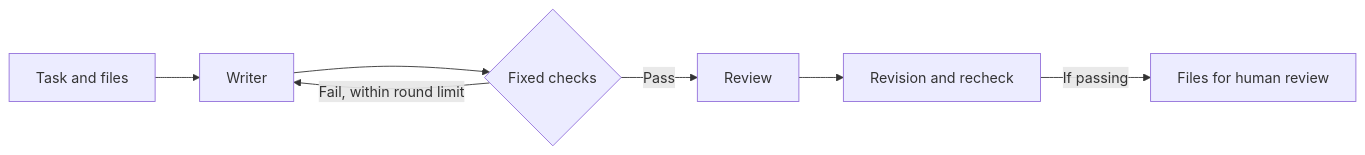
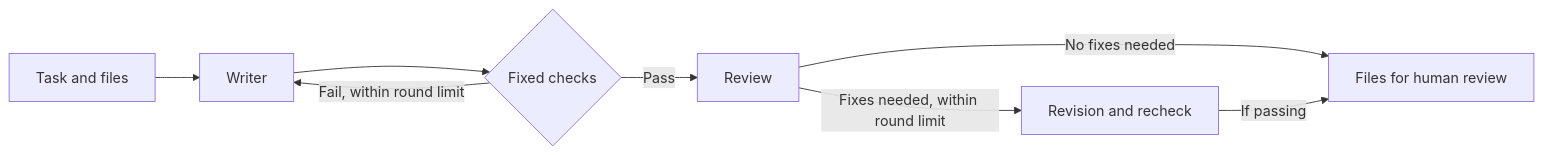
Before and after one commit to SkylerLK510/Ringo: the diagram in README.md, drawn with Mermaid. The commit also changed 1 other file, not shown here.

Commit message:
docs: clarify permissions and conditional work revision

````diff
--- a/README.md
+++ b/README.md
@@ -85,9 +85,10 @@
 ```mermaid
 flowchart LR
     A[Task and files] --> B[Writer]
     B --> C{Fixed checks}
     C -->|Fail, within round limit| B
     C -->|Pass| D[Review]
-    D --> E[Revision and recheck]
-    E -->|If passing| F[Files for human review]
+    D -->|No fixes needed| F[Files for human review]
+    D -->|Fixes needed, within round limit| E[Revision and recheck]
+    E -->|If passing| F
 ```
````
